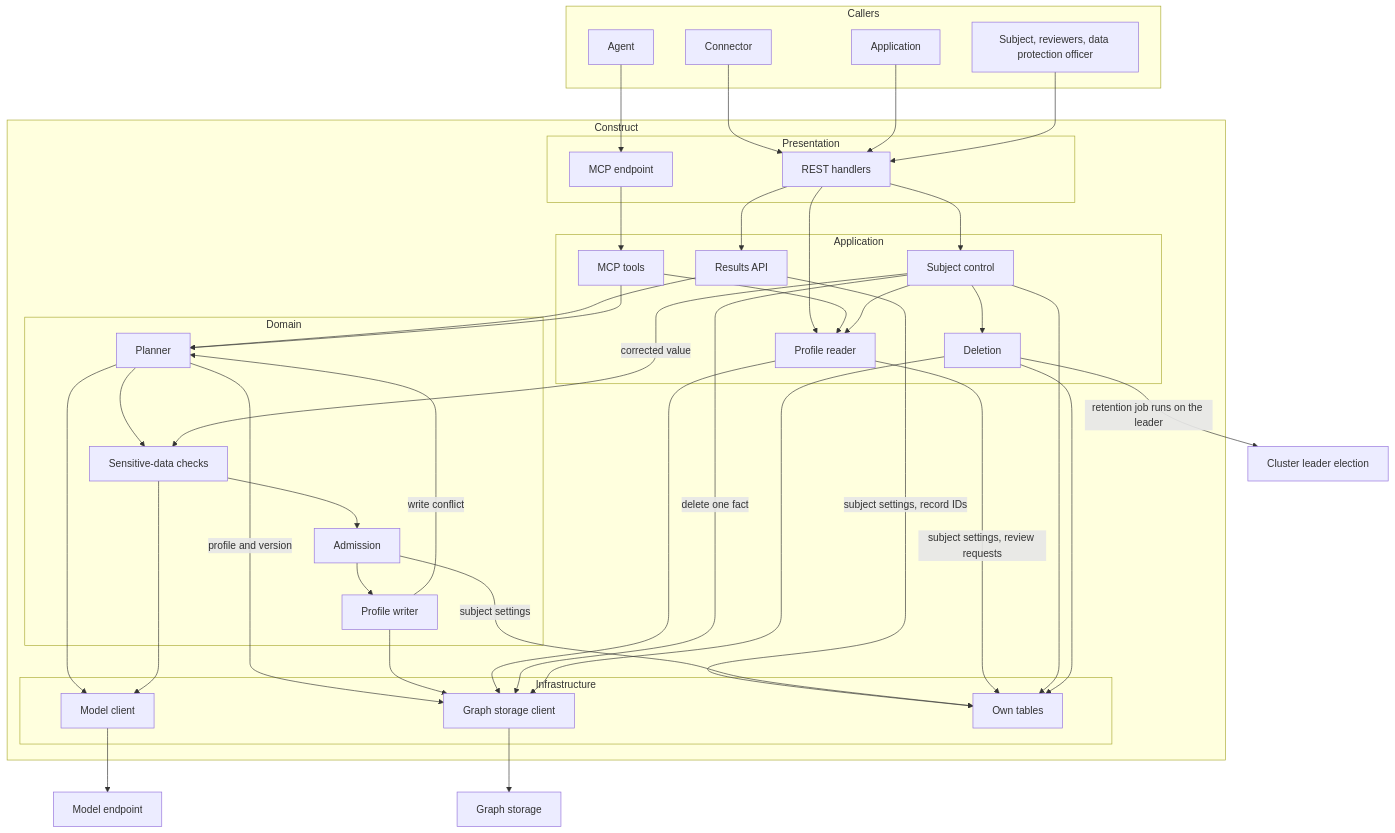
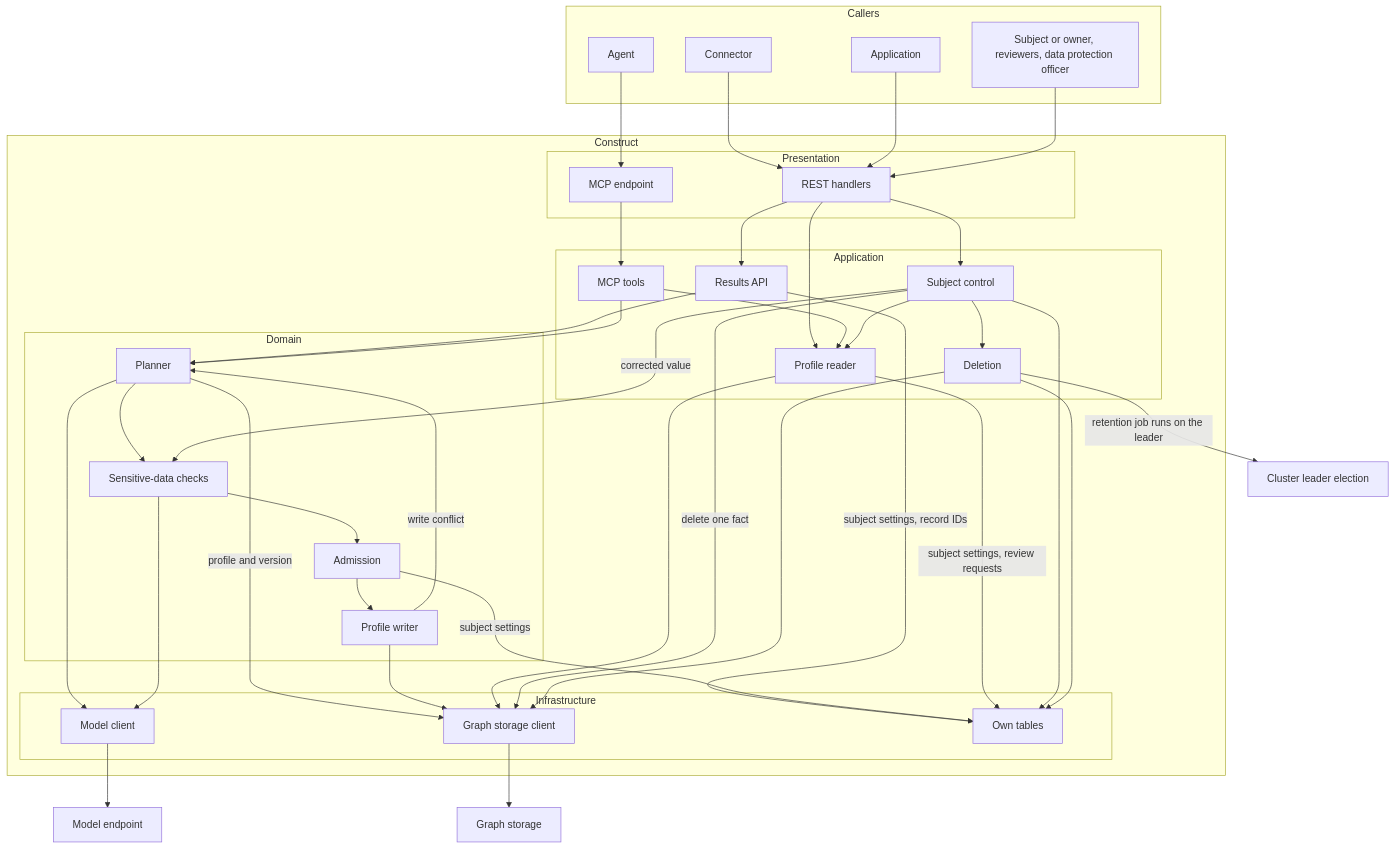
The first of 9 diagrams in gears/construct/docs/DESIGN.md (AndIConstructor/gears-rust), drawn with Mermaid before and after one commit. The commit also changed other lines of this file and 3 other files, not shown here.

````diff
--- a/gears/construct/docs/DESIGN.md
+++ b/gears/construct/docs/DESIGN.md
@@ -86,64 +86,64 @@
 ```mermaid
 flowchart TD
     subgraph Callers
         CN["Connector"]
         APP["Application"]
         AG["Agent"]
-        SU["Subject, reviewers, data protection officer"]
+        SU["Subject or owner, reviewers, data protection officer"]
     end
     subgraph Construct
         subgraph Presentation
             REST["REST handlers"]
             MCP["MCP endpoint"]
         end
         subgraph Application_layer["Application"]
             RA["Results API"]
             SC["Subject control"]
             MT["MCP tools"]
             DEL["Deletion"]
             PR["Profile reader"]
         end
         subgraph Domain
             PL["Planner"]
             SD["Sensitive-data checks"]
             AD["Admission"]
             PW["Profile writer"]
         end
         subgraph Infrastructure
             MC["Model client"]
             GSC["Graph storage client"]
             DB["Own tables"]
         end
     end
     CN --> REST
     APP --> REST
     SU --> REST
     AG --> MCP
     REST --> RA
     REST --> SC
     REST --> PR
     MCP --> MT
     RA --> PL
     MT --> PL
     MT --> PR
     PL --> SD --> AD --> PW
     PW -->|"write conflict"| PL
     PL --> MC
     SD --> MC
     SC --> PR
     SC --> DEL
     SC -->|"corrected value"| SD
     PL -->|"profile and version"| GSC
     PW --> GSC
     PR --> GSC
     SC -->|"delete one fact"| GSC
     DEL --> GSC
     RA -->|"subject settings, record IDs"| DB
     AD -->|"subject settings"| DB
     PR -->|"subject settings, review requests"| DB
     SC --> DB
     DEL --> DB
     DEL -->|"retention job runs on the leader"| CL["Cluster leader election"]
     MC --> EXT["Model endpoint"]
     GSC --> GS["Graph storage"]
 ```
````
